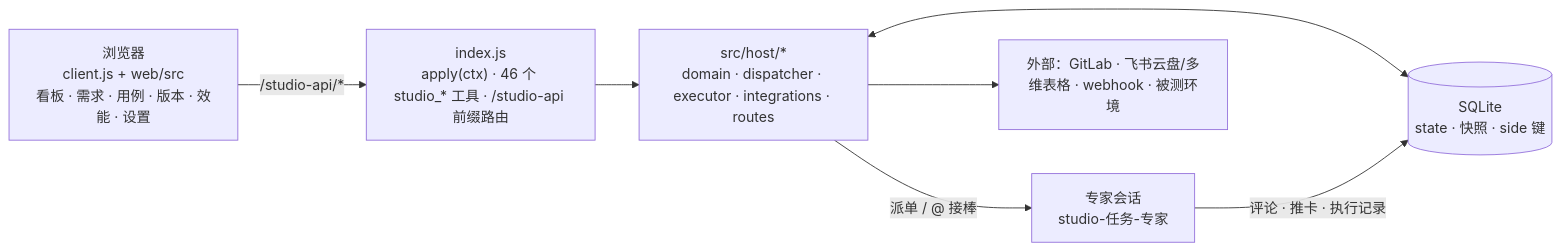
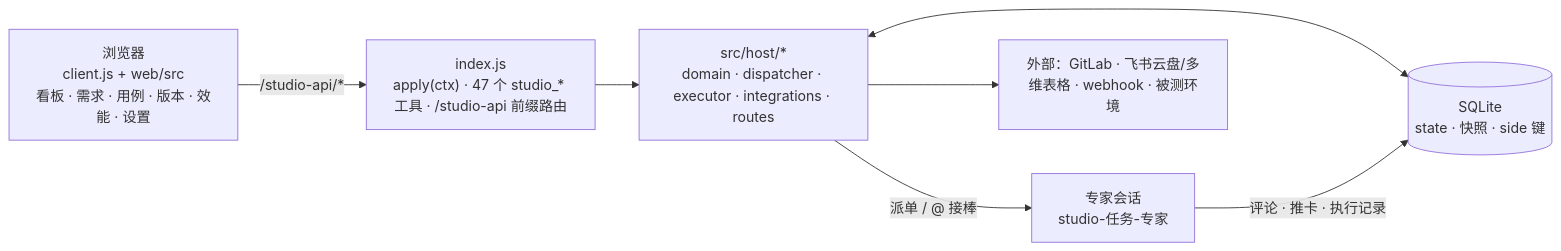
Before and after one commit to marsken88/dsh-studio: the diagram in README.md, drawn with Mermaid. The commit also changed other lines of this file and 25 other files, not shown here.

````diff
--- a/README.md
+++ b/README.md
@@ -58,15 +58,15 @@
 ```mermaid
 flowchart LR
   UI["浏览器<br/>client.js + web/src<br/>看板 · 需求 · 用例 · 版本 · 效能 · 设置"]
-  API["index.js<br/>apply(ctx) · 46 个 studio_* 工具 · /studio-api 前缀路由"]
+  API["index.js<br/>apply(ctx) · 47 个 studio_* 工具 · /studio-api 前缀路由"]
   HOST["src/host/*<br/>domain · dispatcher · executor · integrations · routes"]
   DB[("SQLite<br/>state · 快照 · side 键")]
   AGENT["专家会话<br/>studio-任务-专家"]
   EXT["外部：GitLab · 飞书云盘/多维表格 · webhook · 被测环境"]
   UI -->|"/studio-api/*"| API
   API --> HOST
   HOST <--> DB
   HOST -->|"派单 / @ 接棒"| AGENT
   AGENT -->|"评论 · 推卡 · 执行记录"| DB
   HOST --> EXT
 ```
````
